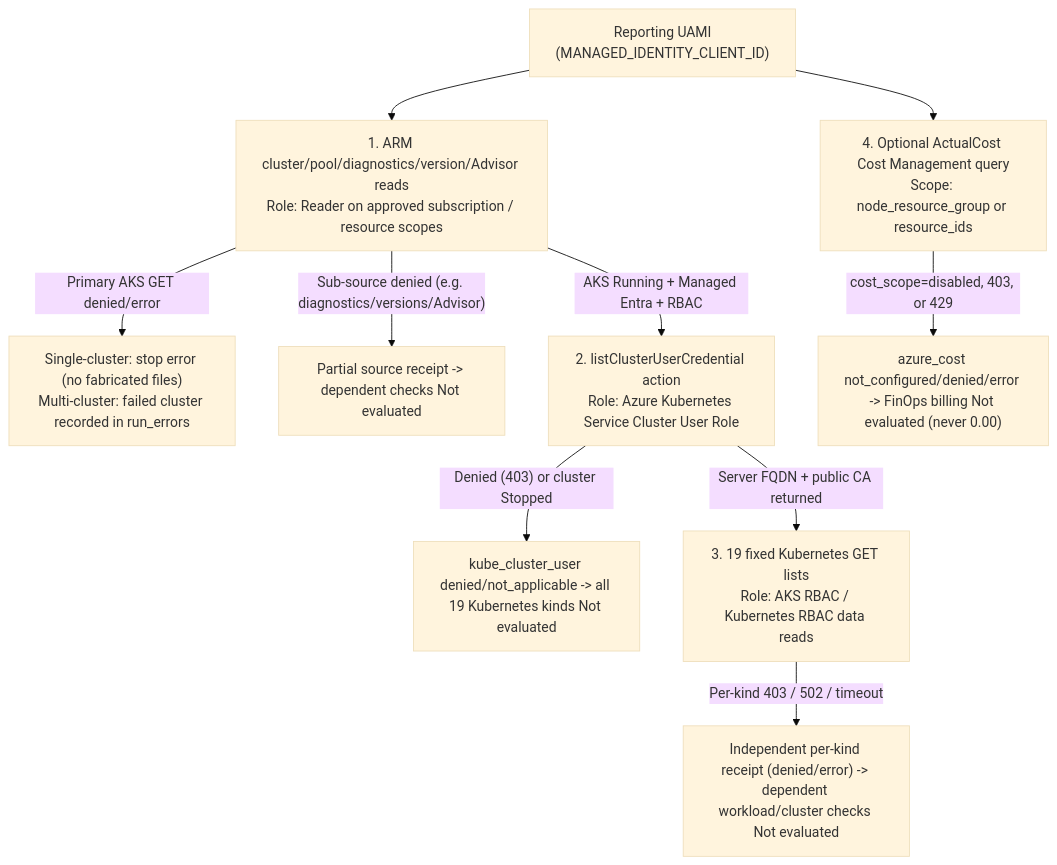
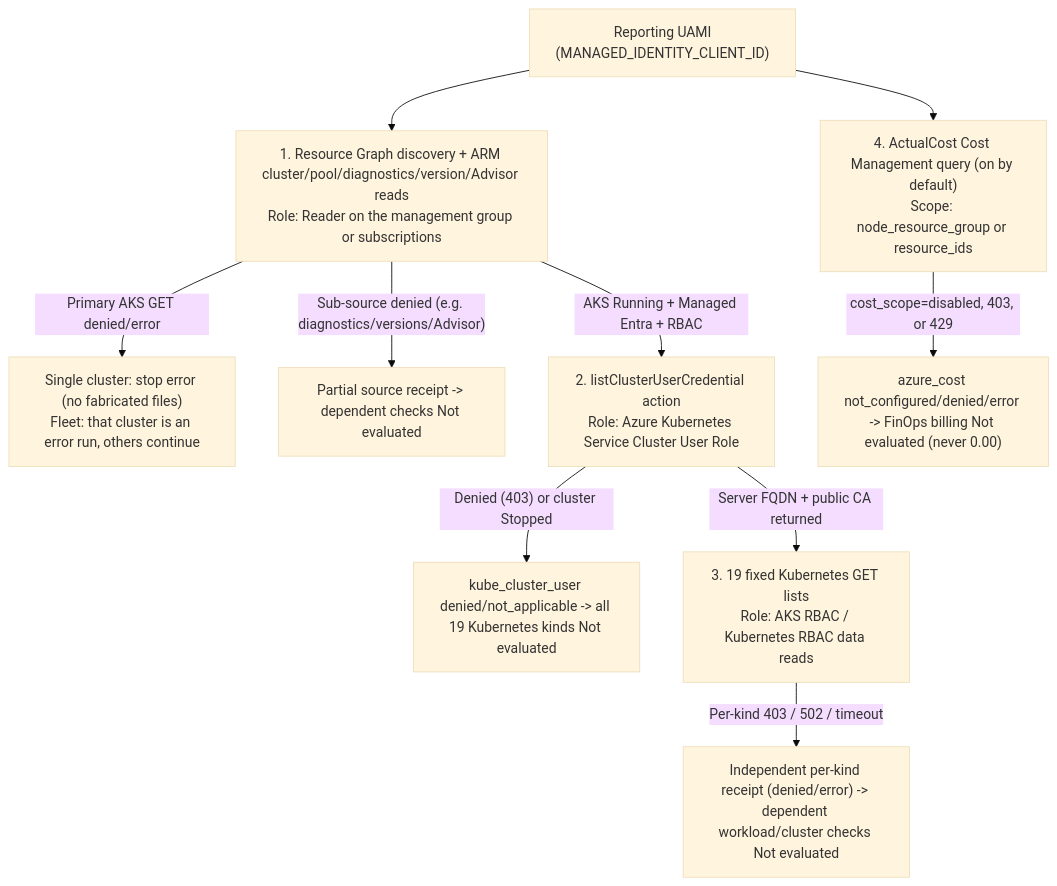
One commit to marioaguileraaa/sre-agent-use-cases changed the third of 3 diagrams in 04-aks-well-architected-review/README.md. Above: the diagram before and after it, drawn with Mermaid (base theme). The commit also changed other lines of this file and 37 other files, not shown here.

First line of the commit message:
Case 04: review every readable AKS cluster in one report with subscription and cluster filters

````diff
--- a/04-aks-well-architected-review/README.md
+++ b/04-aks-well-architected-review/README.md
@@ -329,12 +363,12 @@
 ```mermaid
 flowchart TD
-    U["Reporting UAMI<br/>(MANAGED_IDENTITY_CLIENT_ID)"] --> B1["1. ARM cluster/pool/diagnostics/version/Advisor reads<br/>Role: Reader on approved subscription / resource scopes"]
-    B1 -->|"Primary AKS GET denied/error"| E1["Single-cluster: stop error (no fabricated files)<br/>Multi-cluster: failed cluster recorded in run_errors"]
+    U["Reporting UAMI<br/>(MANAGED_IDENTITY_CLIENT_ID)"] --> B1["1. Resource Graph discovery + ARM cluster/pool/diagnostics/version/Advisor reads<br/>Role: Reader on the management group or subscriptions"]
+    B1 -->|"Primary AKS GET denied/error"| E1["Single cluster: stop error (no fabricated files)<br/>Fleet: that cluster is an error run, others continue"]
     B1 -->|"Sub-source denied (e.g. diagnostics/versions/Advisor)"| P1["Partial source receipt -> dependent checks Not evaluated"]
     B1 -->|"AKS Running + Managed Entra + RBAC"| B2["2. listClusterUserCredential action<br/>Role: Azure Kubernetes Service Cluster User Role"]
     B2 -->|"Denied (403) or cluster Stopped"| P2["kube_cluster_user denied/not_applicable -> all 19 Kubernetes kinds Not evaluated"]
     B2 -->|"Server FQDN + public CA returned"| B3["3. 19 fixed Kubernetes GET lists<br/>Role: AKS RBAC / Kubernetes RBAC data reads"]
     B3 -->|"Per-kind 403 / 502 / timeout"| P3["Independent per-kind receipt (denied/error) -> dependent workload/cluster checks Not evaluated"]
-    U --> B4["4. Optional ActualCost Cost Management query<br/>Scope: node_resource_group or resource_ids"]
+    U --> B4["4. ActualCost Cost Management query (on by default)<br/>Scope: node_resource_group or resource_ids"]
     B4 -->|"cost_scope=disabled, 403, or 429"| P4["azure_cost not_configured/denied/error -> FinOps billing Not evaluated (never 0.00)"]
 ```
````
